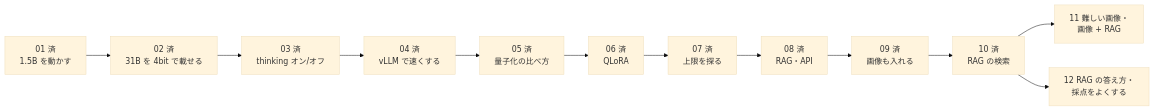
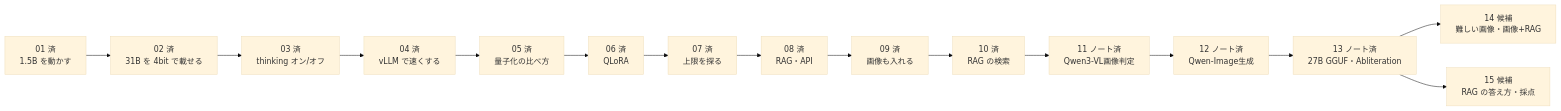
Before and after one commit to moruku36/colab-oss-lab: the diagram in docs/next-experiments.md, drawn with Mermaid (base theme). The commit also changed other lines of this file and 6 other files, not shown here.

Commit message:
Add Qwen image and abliteration notebooks with documentation

````diff
--- a/docs/next-experiments.md
+++ b/docs/next-experiments.md
@@ -6,14 +6,17 @@
 ```mermaid
 flowchart LR
     E01["01 済<br/>1.5B を動かす"] --> E02["02 済<br/>31B を 4bit で載せる"]
     E02 --> E03["03 済<br/>thinking オン/オフ"]
     E03 --> E04["04 済<br/>vLLM で速くする"]
     E04 --> E05["05 済<br/>量子化の比べ方"]
     E05 --> E06["06 済<br/>QLoRA"]
     E06 --> E07["07 済<br/>上限を探る"]
     E07 --> E08["08 済<br/>RAG・API"]
     E08 --> E09["09 済<br/>画像も入れる"]
     E09 --> E10["10 済<br/>RAG の検索"]
-    E10 --> C11["11 難しい画像・<br/>画像 + RAG"]
-    E10 --> C12["12 RAG の答え方・<br/>採点をよくする"]
+    E10 --> E11["11 ノート済<br/>Qwen3-VL画像判定"]
+    E11 --> E12["12 ノート済<br/>Qwen-Image生成"]
+    E12 --> E13["13 ノート済<br/>27B GGUF・Abliteration"]
+    E13 --> C14["14 候補<br/>難しい画像・画像+RAG"]
+    E13 --> C15["15 候補<br/>RAG の答え方・採点"]
 ```
````
